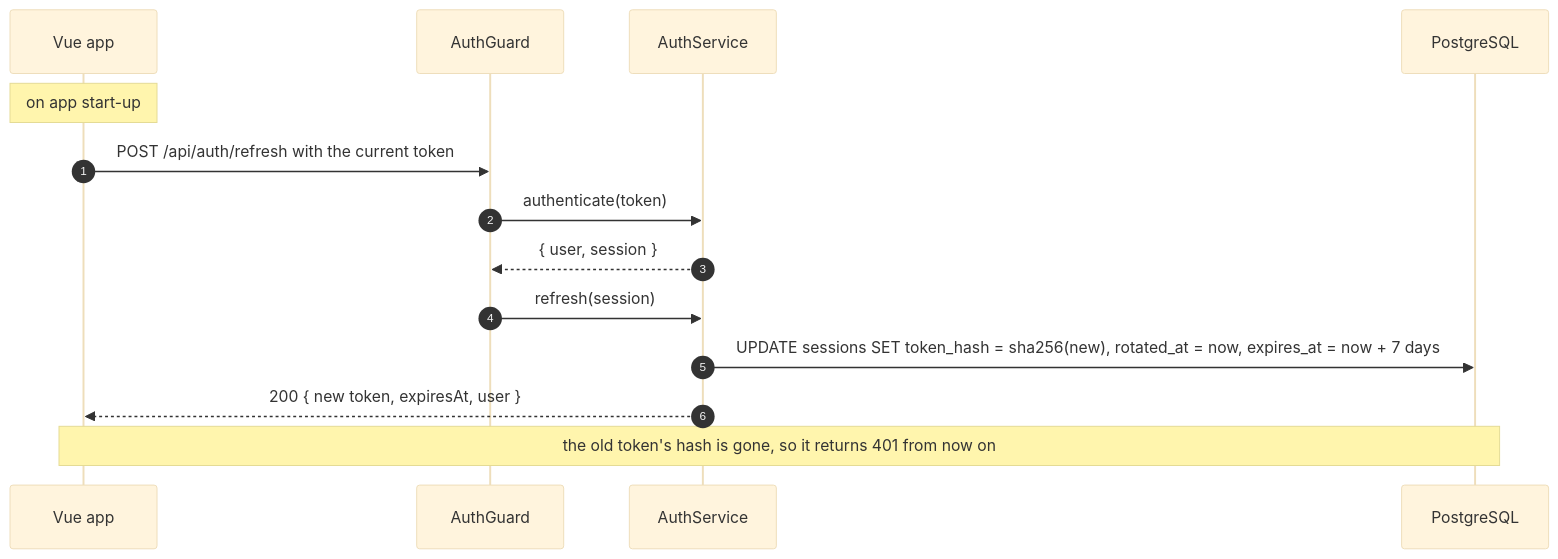
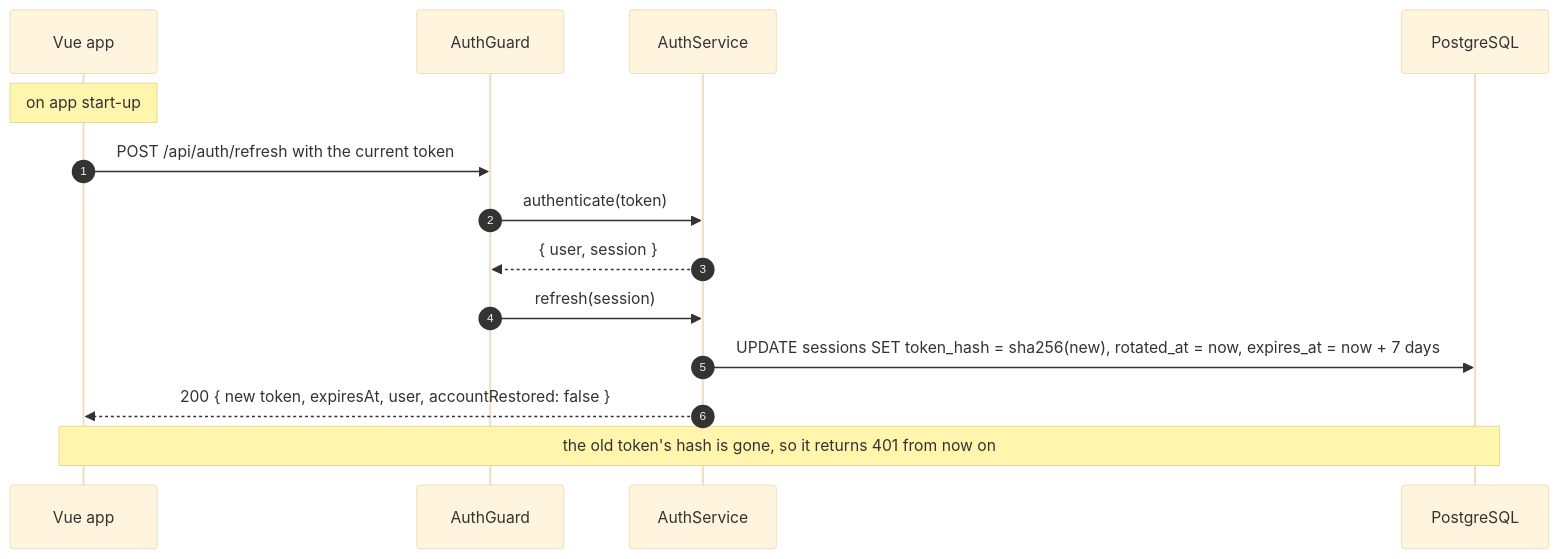
The fourth of 5 diagrams in docs/analysis-and-design/sequence-diagrams/UC-01-sign-up-and-onboard.md (LLaammTTeerr/omnicourses), drawn with Mermaid (base theme) before and after one commit. The commit also changed other lines of this file, not shown here.

First line of the commit message:
docs(design): draw account restore and the sign-up race in uc-01

````diff
--- a/docs/analysis-and-design/sequence-diagrams/UC-01-sign-up-and-onboard.md
+++ b/docs/analysis-and-design/sequence-diagrams/UC-01-sign-up-and-onboard.md
@@ -112,17 +118,17 @@
 ```mermaid
 sequenceDiagram
     autonumber
     participant SPA as Vue app
     participant Guard as AuthGuard
     participant Auth as AuthService
     participant DB as PostgreSQL
 
     Note over SPA: on app start-up
     SPA->>Guard: POST /api/auth/refresh with the current token
     Guard->>Auth: authenticate(token)
     Auth-->>Guard: { user, session }
     Guard->>Auth: refresh(session)
     Auth->>DB: UPDATE sessions SET token_hash = sha256(new), rotated_at = now, expires_at = now + 7 days
-    Auth-->>SPA: 200 { new token, expiresAt, user }
+    Auth-->>SPA: 200 { new token, expiresAt, user, accountRestored: false }
     Note over SPA,DB: the old token's hash is gone, so it returns 401 from now on
 ```
````
